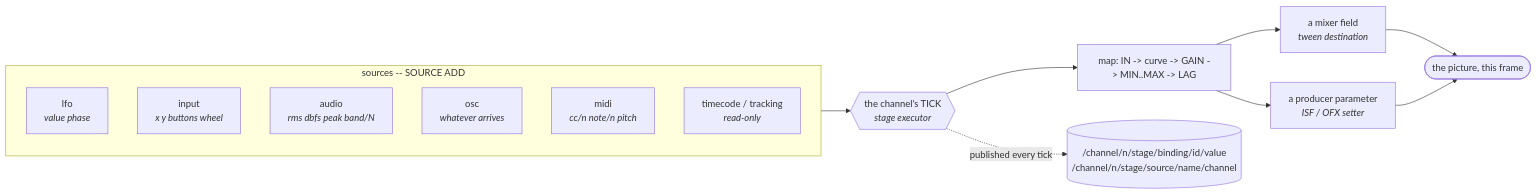
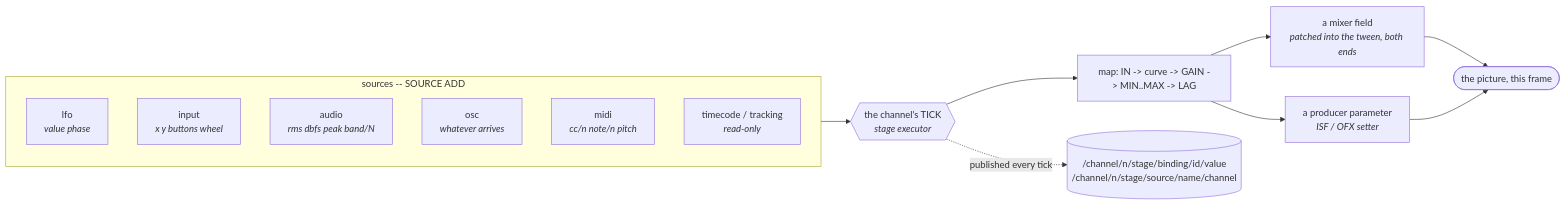
The diagram in docs/features/reactive.md (C-alcaide/server), drawn with Mermaid before and after one commit. The commit also changed other lines of this file and 4 other files, not shown here.

````diff
--- a/docs/features/reactive.md
+++ b/docs/features/reactive.md
@@ -46,18 +46,18 @@
 ```mermaid
 flowchart LR
     subgraph sources["sources -- SOURCE ADD"]
         LFO["lfo<br/><i>value phase</i>"]
         IN["input<br/><i>x y buttons wheel</i>"]
         AUD["audio<br/><i>rms dbfs peak band/N</i>"]
         OSC["osc<br/><i>whatever arrives</i>"]
         MIDI["midi<br/><i>cc/n note/n pitch</i>"]
         TC["timecode / tracking<br/><i>read-only</i>"]
     end
     sources --> TICK{{"the channel's TICK<br/><i>stage executor</i>"}}
     TICK --> XF["map: IN -> curve -> GAIN -> MIN..MAX -> LAG"]
-    XF --> T1["a mixer field<br/><i>tween destination</i>"]
+    XF --> T1["a mixer field<br/><i>patched into the tween, both ends</i>"]
     XF --> T2["a producer parameter<br/><i>ISF / OFX setter</i>"]
     T1 --> PIC(["the picture, this frame"])
     T2 --> PIC
     TICK -.->|"published every tick"| PUB[("/channel/n/stage/binding/id/value<br/>/channel/n/stage/source/name/channel")]
 ```
````
